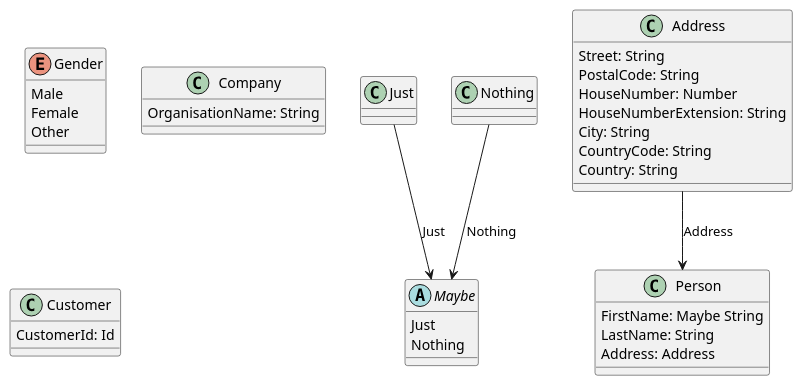
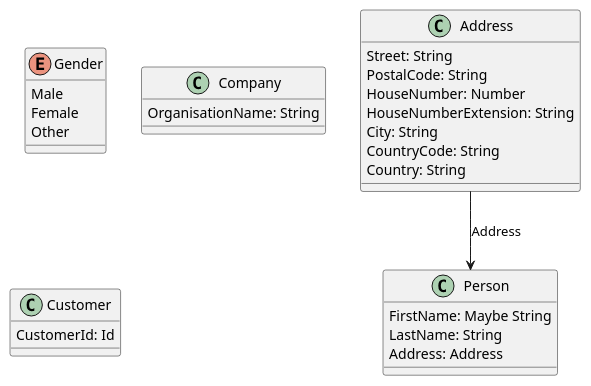
One commit to Baudin999/car-lang changed the diagram in Examples/.out/Customer/Customer.puml. Above: the diagram before and after it, drawn with PlantUML. The commit also changed 17 other files, not shown here.

Commit message:
Working on the ERD, we need to ignore the imported entities and we need to show the templated properties

```diff
--- a/Examples/.out/Customer/Customer.puml
+++ b/Examples/.out/Customer/Customer.puml
@@ -1,32 +1,26 @@
-abstract Maybe {
-	Just
-	Nothing
-}
-Just --> Maybe : Just
-Nothing --> Maybe : Nothing
-class Address {
+class "Address" as Address  {
 	Street: String 
 	PostalCode: String 
 	HouseNumber: Number 
 	HouseNumberExtension: String 
 	City: String 
 	CountryCode: String 
 	Country: String 
 }
-class Person {
+class "Person" as Person  {
 	FirstName: Maybe String
 	LastName: String 
 	Address: Address 
 }
 Address --> Person : Address
 enum Gender {
 	Male
 	Female
 	Other
 }
-class Company {
+class "Company" as Company  {
 	OrganisationName: String 
 }
-class Customer {
+class "Customer" as Customer  {
 	CustomerId: Id 
 }
```
